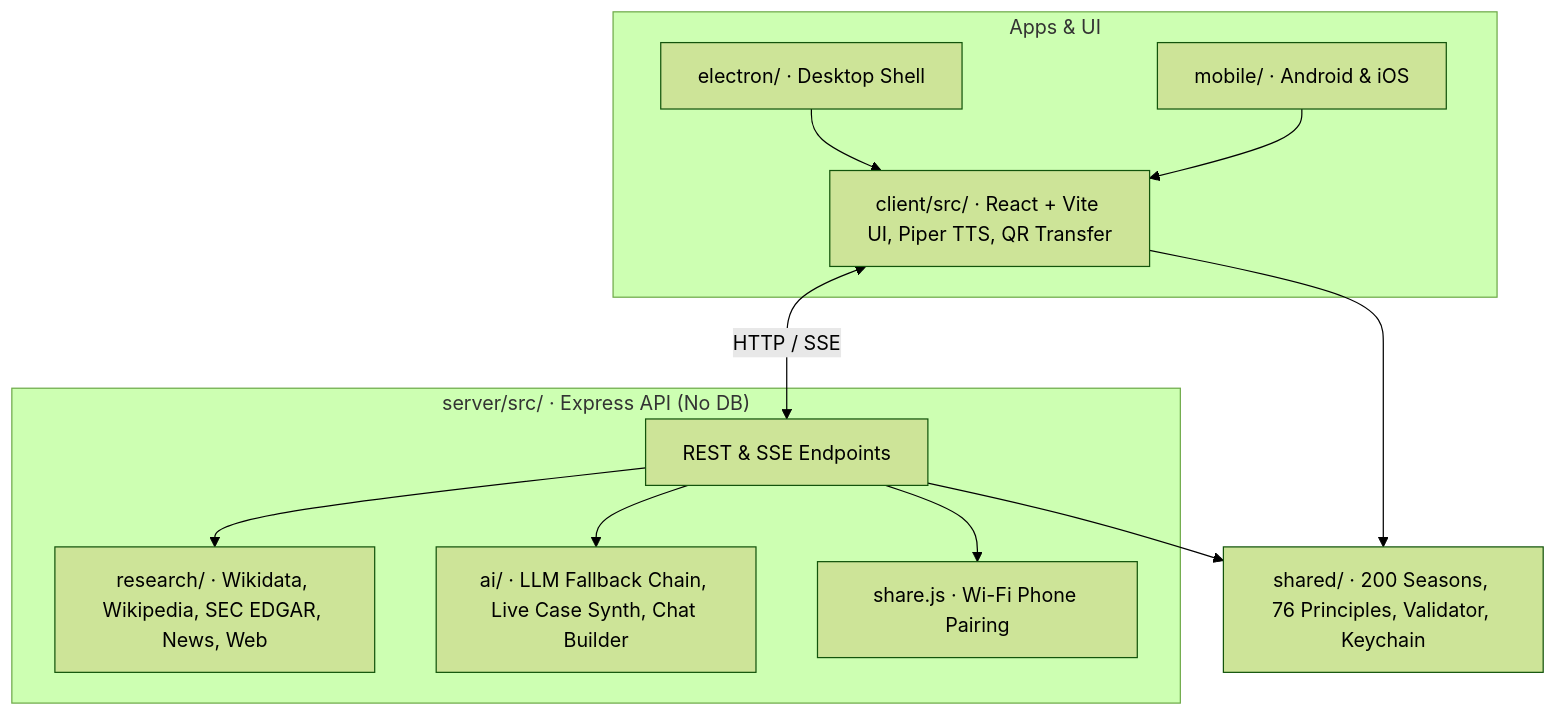
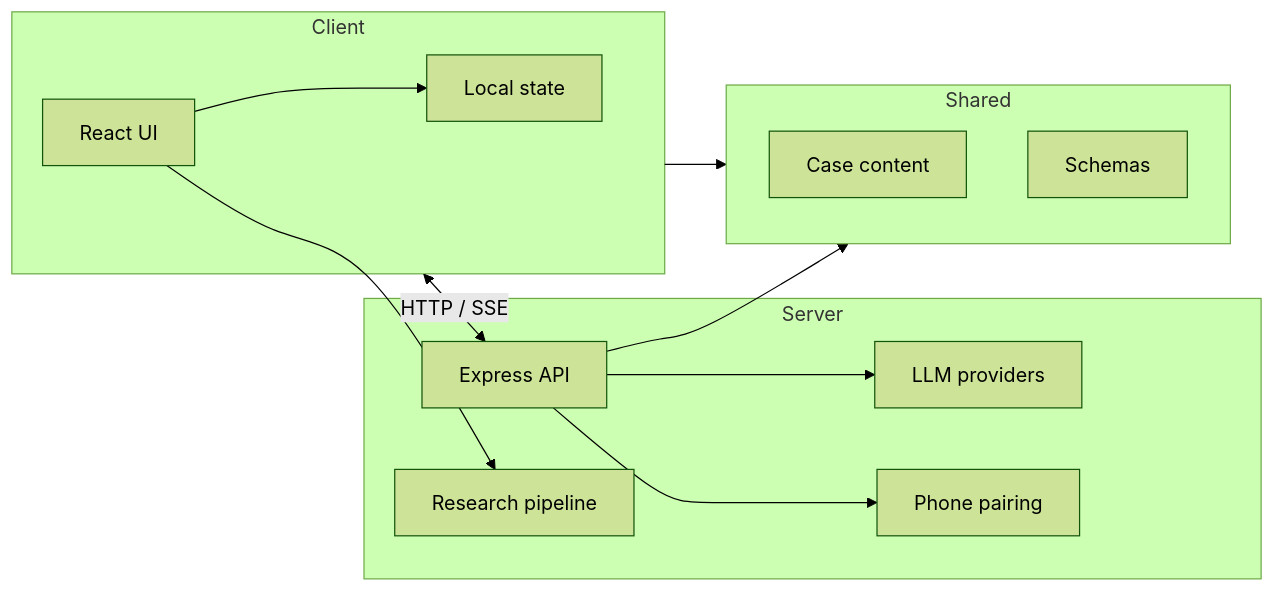
Before and after one commit to kmmohaimenulhaque-code/BIZSIM.tm: the diagram in README.md, drawn with Mermaid (forest theme). The commit also changed other lines of this file, not shown here.

````diff
--- a/README.md
+++ b/README.md
@@ -137,26 +109,26 @@
 ```mermaid
-flowchart TB
-    subgraph Apps["Apps & UI"]
-        Desktop["electron/ · Desktop Shell"]
-        Mobile["mobile/ · Android & iOS"]
-        Client["client/src/ · React + Vite UI, Piper TTS, QR Transfer"]
-        Desktop --> Client
-        Mobile --> Client
+flowchart LR
+    subgraph Client
+        UI[React UI]
+        Store[Local state]
+    end
+    subgraph Server
+        API[Express API]
+        Research[Research pipeline]
+        AI[LLM providers]
+        Share[Phone pairing]
+    end
+    subgraph Shared
+        Cases[Case content]
+        Schema[Schemas]
     end
 
-    Shared["shared/ · 200 Seasons, 76 Principles, Validator, Keychain"]
-
-    subgraph Backend["server/src/ · Express API (No DB)"]
-        API["REST & SSE Endpoints"]
-        Research["research/ · Wikidata, Wikipedia, SEC EDGAR, News, Web"]
-        AI["ai/ · LLM Fallback Chain, Live Case Synth, Chat Builder"]
-        Share["share.js · Wi-Fi Phone Pairing"]
-        API --> Research
-        API --> AI
-        API --> Share
-    end
+    UI --> Store
+    UI --> Research
+    API --> AI
+    API --> Share
 
     Client --> Shared
     Client <-->|"HTTP / SSE"| API
     API --> Shared
 ```
````
